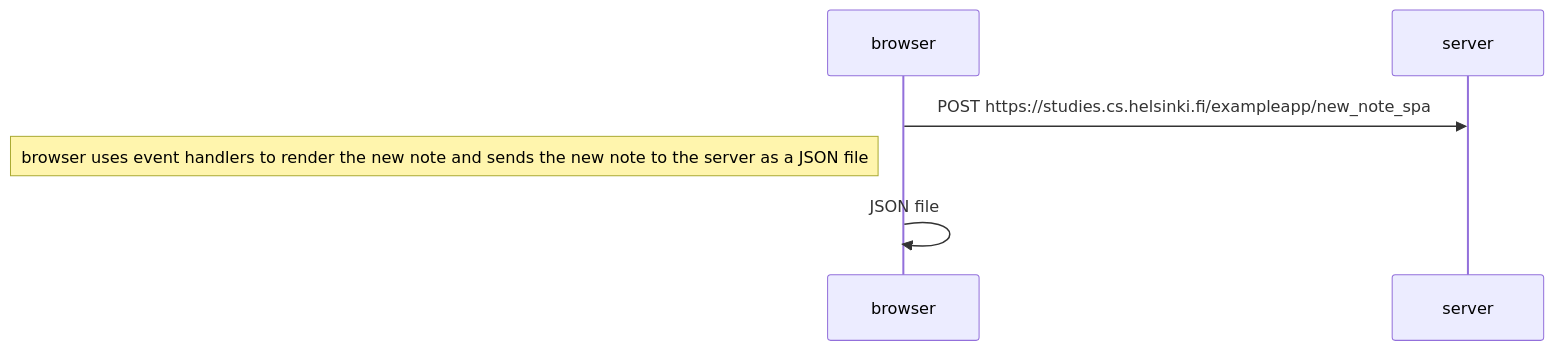
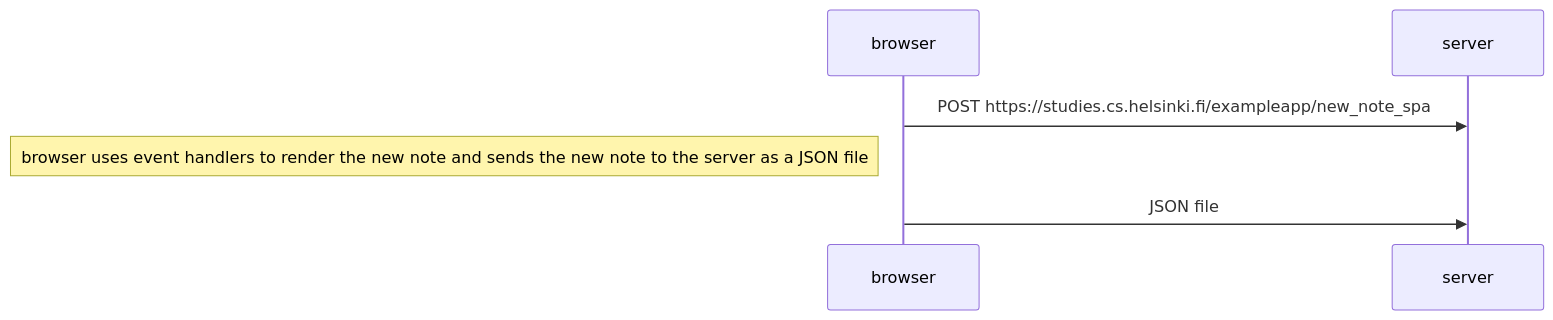
One commit to Nabil-Islam/FullStackOpen changed the second of 2 diagrams in part0.md. Above: the diagram before and after it, drawn with Mermaid.

Commit message:
finished 0.5

````diff
--- a/part0.md
+++ b/part0.md
@@ -36,9 +36,9 @@
 ```mermaid
 sequenceDiagram
     participant browser 
     participant server
     browser->>server: POST https://studies.cs.helsinki.fi/exampleapp/new_note_spa
     Note left of browser: browser uses event handlers to render the new note and sends the new note to the server as a JSON file
-    browser->>browser: JSON file 
+    browser->>server: JSON file 
 
 ```
````
